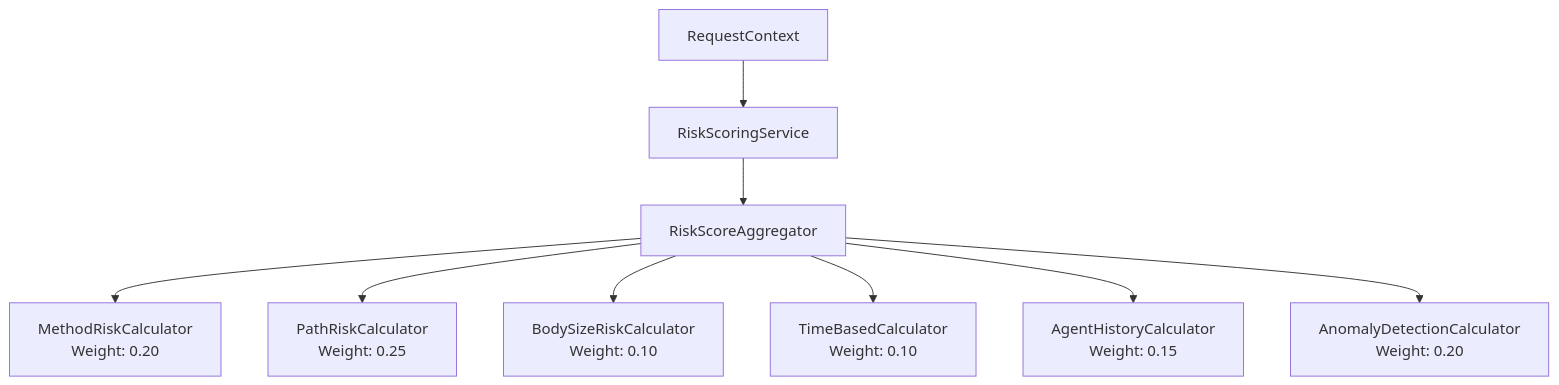
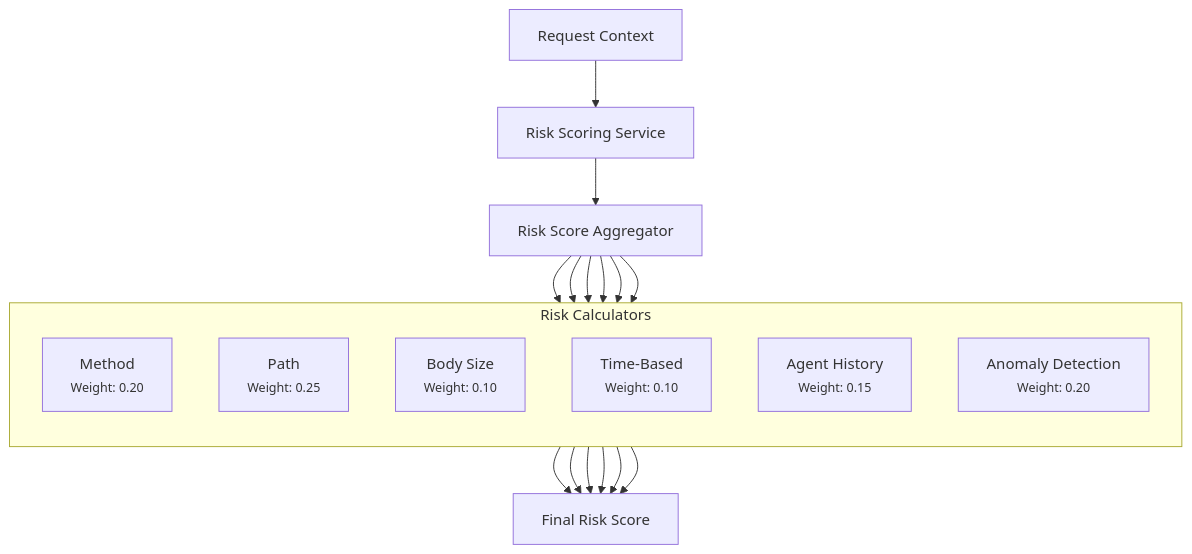
One commit to synentra/website changed the diagram in docs/concepts/risk-scoring.mdx. Above: the diagram before and after it, drawn with Mermaid. The commit also changed other lines of this file and 3 other files, not shown here.

````diff
--- a/docs/concepts/risk-scoring.mdx
+++ b/docs/concepts/risk-scoring.mdx
@@ -16,12 +16,31 @@
 ```mermaid
 flowchart TD
-  A[RequestContext] --> B[RiskScoringService]
-  B --> C[RiskScoreAggregator]
+    RC["Request Context"]
+        --> RS["Risk Scoring Service"]
+        --> AG["Risk Score Aggregator"]
 
-  C --> D[MethodRiskCalculator<br/>Weight: 0.20]
-  C --> E[PathRiskCalculator<br/>Weight: 0.25]
-  C --> F[BodySizeRiskCalculator<br/>Weight: 0.10]
-  C --> G[TimeBasedCalculator<br/>Weight: 0.10]
-  C --> H[AgentHistoryCalculator<br/>Weight: 0.15]
-  C --> I[AnomalyDetectionCalculator<br/>Weight: 0.20]
+    subgraph CALC["Risk Calculators"]
+        direction TB
+
+        M["Method<br/><small>Weight: 0.20</small>"]
+        P["Path<br/><small>Weight: 0.25</small>"]
+        B["Body Size<br/><small>Weight: 0.10</small>"]
+        T["Time-Based<br/><small>Weight: 0.10</small>"]
+        H["Agent History<br/><small>Weight: 0.15</small>"]
+        A["Anomaly Detection<br/><small>Weight: 0.20</small>"]
+    end
+
+    AG --> M
+    AG --> P
+    AG --> B
+    AG --> T
+    AG --> H
+    AG --> A
+
+    M --> FS["Final Risk Score"]
+    P --> FS
+    B --> FS
+    T --> FS
+    H --> FS
+    A --> FS
 ```
````
